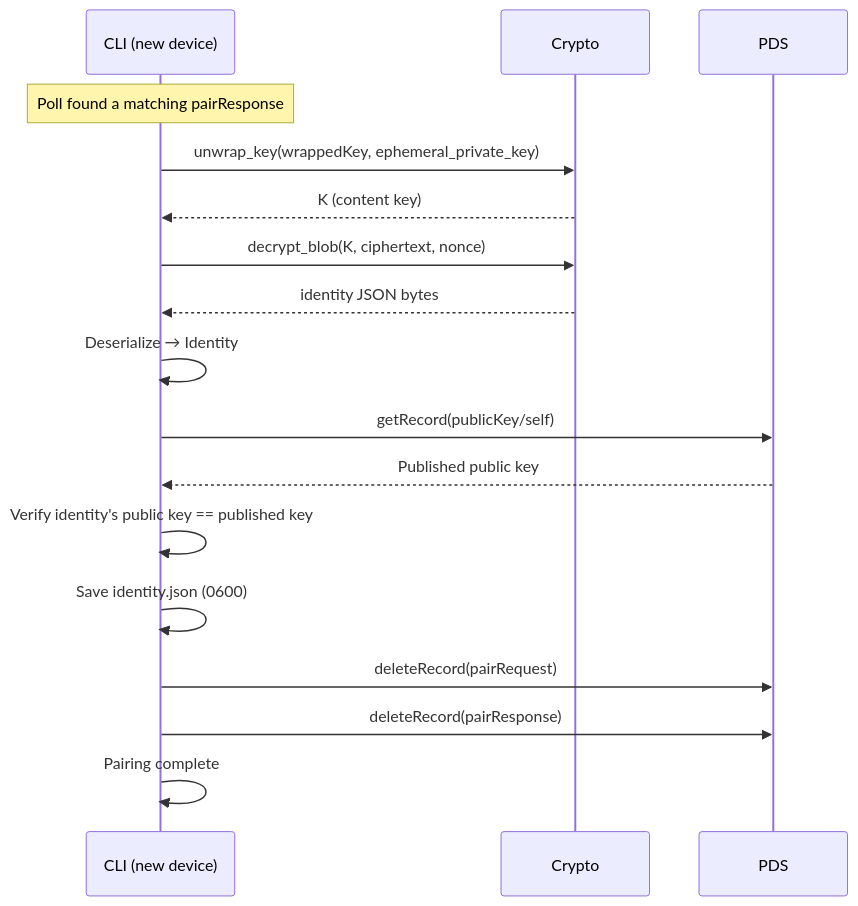
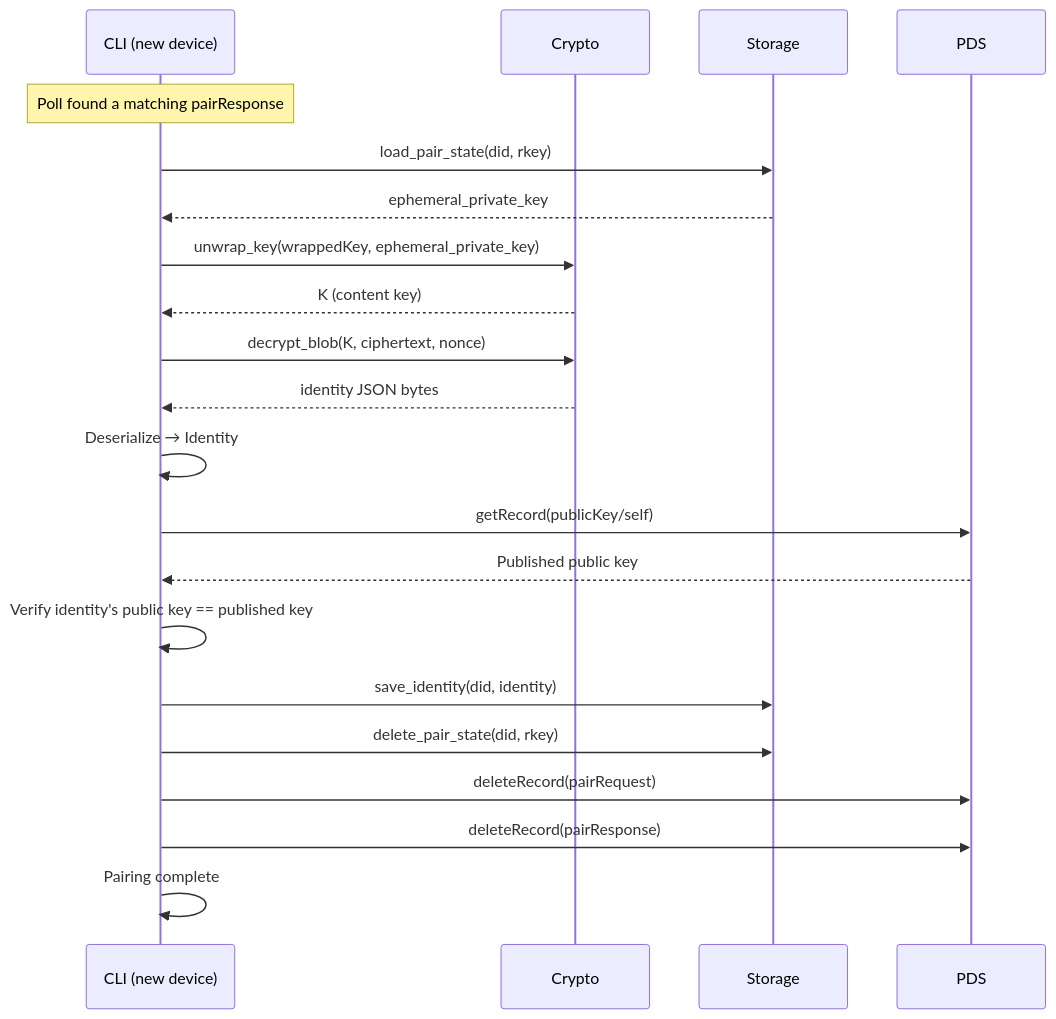
One commit to Sans-Self/Opake changed the third of 4 diagrams in docs/flows/pairing.md. Above: the diagram before and after it, drawn with Mermaid. The commit also changed other lines of this file and 14 other files, not shown here.

````diff
--- a/docs/flows/pairing.md
+++ b/docs/flows/pairing.md
@@ -78,28 +81,33 @@
 ```mermaid
 sequenceDiagram
     participant CLI as CLI (new device)
     participant Crypto
+    participant Storage
     participant PDS
 
     Note over CLI: Poll found a matching pairResponse
+
+    CLI->>Storage: load_pair_state(did, rkey)
+    Storage-->>CLI: ephemeral_private_key
 
     CLI->>Crypto: unwrap_key(wrappedKey, ephemeral_private_key)
     Crypto-->>CLI: K (content key)
 
     CLI->>Crypto: decrypt_blob(K, ciphertext, nonce)
     Crypto-->>CLI: identity JSON bytes
 
     CLI->>CLI: Deserialize → Identity
 
     CLI->>PDS: getRecord(publicKey/self)
     PDS-->>CLI: Published public key
 
     CLI->>CLI: Verify identity's public key == published key
 
-    CLI->>CLI: Save identity.json (0600)
+    CLI->>Storage: save_identity(did, identity)
+    CLI->>Storage: delete_pair_state(did, rkey)
 
     CLI->>PDS: deleteRecord(pairRequest)
     CLI->>PDS: deleteRecord(pairResponse)
 
     CLI->>CLI: Pairing complete
 ```
````
